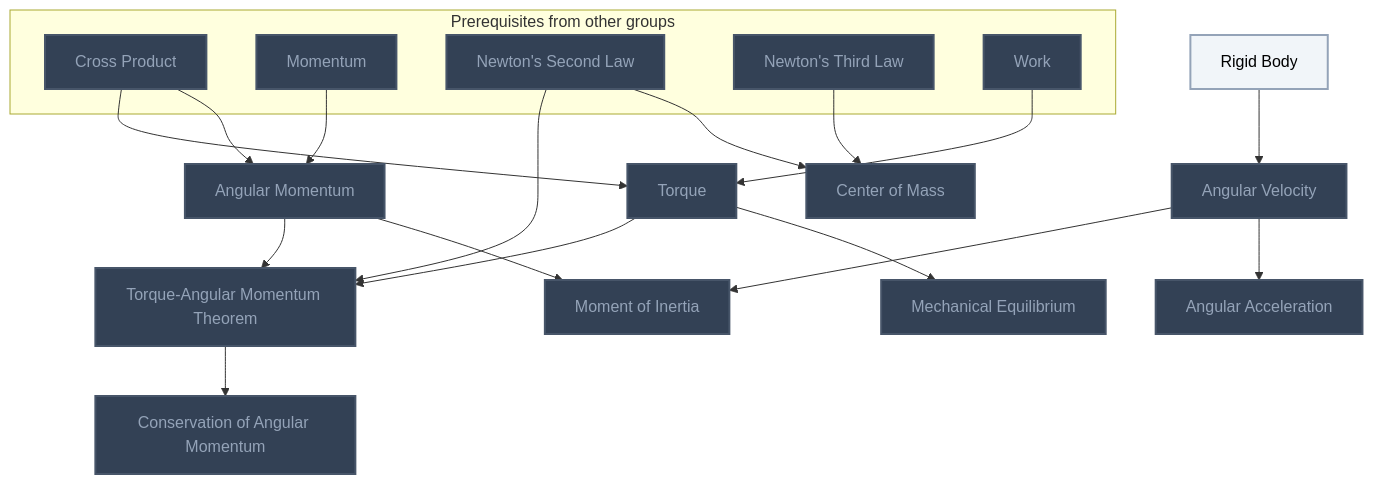
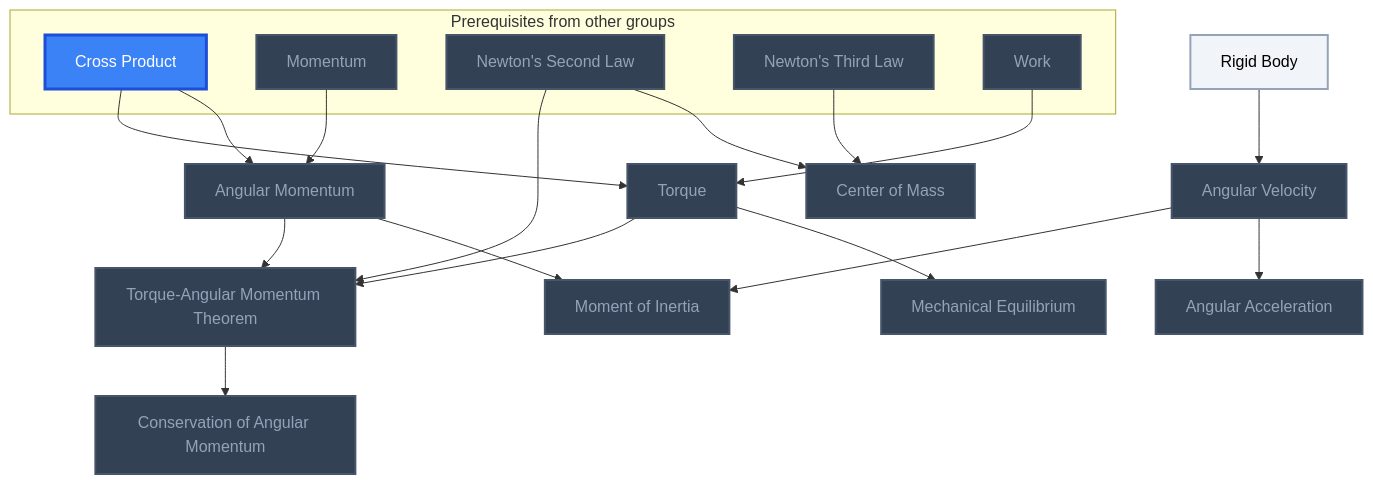
Before and after one commit to MRauf1/My-Notes: diagram 15 of 15 in Gamification/Skill Trees/Classical Mechanics.md, drawn with Mermaid. The commit also changed other lines of this file and 145 other files, not shown here.

````diff
--- a/Gamification/Skill Trees/Classical Mechanics.md
+++ b/Gamification/Skill Trees/Classical Mechanics.md
@@ -484,47 +485,48 @@
 ```mermaid
 flowchart TD
     classDef planned fill:#1E293B,stroke:#64748B,stroke-width:2px,stroke-dasharray:5 5,color:#94A3B8;
     classDef locked fill:#334155,stroke:#475569,stroke-width:2px,color:#94A3B8;
     classDef L0 fill:#F1F5F9,stroke:#94A3B8,stroke-width:2px,color:#000000;
     classDef L1 fill:#22C55E,stroke:#15803D,stroke-width:2px,color:#000000;
     classDef L2 fill:#3B82F6,stroke:#1D4ED8,stroke-width:3px,color:#FFFFFF;
     classDef L3 fill:#A855F7,stroke:#6B21A8,stroke-width:3px,color:#FFFFFF,font-weight:bold;
     classDef L4 fill:#F97316,stroke:#C2410C,stroke-width:4px,color:#000000,font-weight:bold;
     classDef L5 fill:#FFD700,stroke:#FF8C00,stroke-width:5px,color:#000000,font-weight:bold;
     classDef rusty stroke:#8B4513,stroke-width:4px,stroke-dasharray:3 3;
     subgraph sg_prereqs["Prerequisites from other groups"]
         n_cross_product["Cross Product"]
         n_momentum["Momentum"]
         n_newton_s_second_law["Newton's Second Law"]
         n_newton_s_third_law["Newton's Third Law"]
         n_work["Work"]
     end
     n_rigid_body["Rigid Body"]
     n_torque["Torque"]
     n_center_of_mass["Center of Mass"]
     n_angular_velocity["Angular Velocity"]
     n_angular_momentum["Angular Momentum"]
     n_moment_of_inertia["Moment of Inertia"]
     n_angular_acceleration["Angular Acceleration"]
     n_mechanical_equilibrium["Mechanical Equilibrium"]
     n_torque_angular_momentum_theorem["Torque-Angular Momentum Theorem"]
     n_conservation_of_angular_momentum["Conservation of Angular Momentum"]
     n_cross_product --> n_angular_momentum
     n_momentum --> n_angular_momentum
     n_rigid_body --> n_angular_velocity
     n_newton_s_second_law --> n_center_of_mass
     n_newton_s_third_law --> n_center_of_mass
     n_cross_product --> n_torque
     n_work --> n_torque
     n_angular_velocity --> n_angular_acceleration
     n_torque --> n_mechanical_equilibrium
     n_angular_momentum --> n_moment_of_inertia
     n_angular_velocity --> n_moment_of_inertia
     n_angular_momentum --> n_torque_angular_momentum_theorem
     n_newton_s_second_law --> n_torque_angular_momentum_theorem
     n_torque --> n_torque_angular_momentum_theorem
     n_torque_angular_momentum_theorem --> n_conservation_of_angular_momentum
-    class n_cross_product,n_momentum,n_newton_s_second_law,n_newton_s_third_law,n_work,n_torque,n_center_of_mass,n_angular_velocity,n_angular_momentum,n_moment_of_inertia,n_angular_acceleration,n_mechanical_equilibrium,n_torque_angular_momentum_theorem,n_conservation_of_angular_momentum locked;
+    class n_momentum,n_newton_s_second_law,n_newton_s_third_law,n_work,n_torque,n_center_of_mass,n_angular_velocity,n_angular_momentum,n_moment_of_inertia,n_angular_acceleration,n_mechanical_equilibrium,n_torque_angular_momentum_theorem,n_conservation_of_angular_momentum locked;
     class n_rigid_body L0;
+    class n_cross_product L2;
     class n_cross_product,n_momentum,n_newton_s_second_law,n_newton_s_third_law,n_work,n_rigid_body,n_torque,n_center_of_mass,n_angular_velocity,n_angular_momentum,n_moment_of_inertia,n_angular_acceleration,n_mechanical_equilibrium,n_torque_angular_momentum_theorem,n_conservation_of_angular_momentum internal-link;
 ```
````
